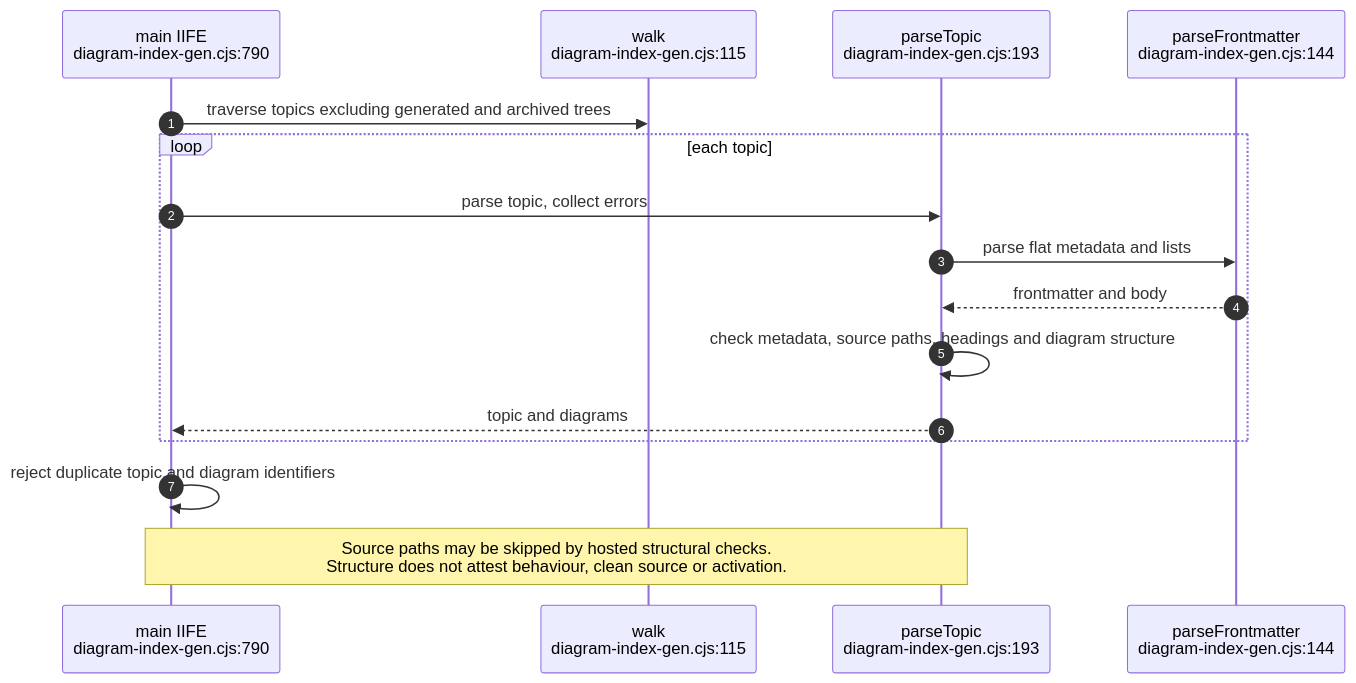
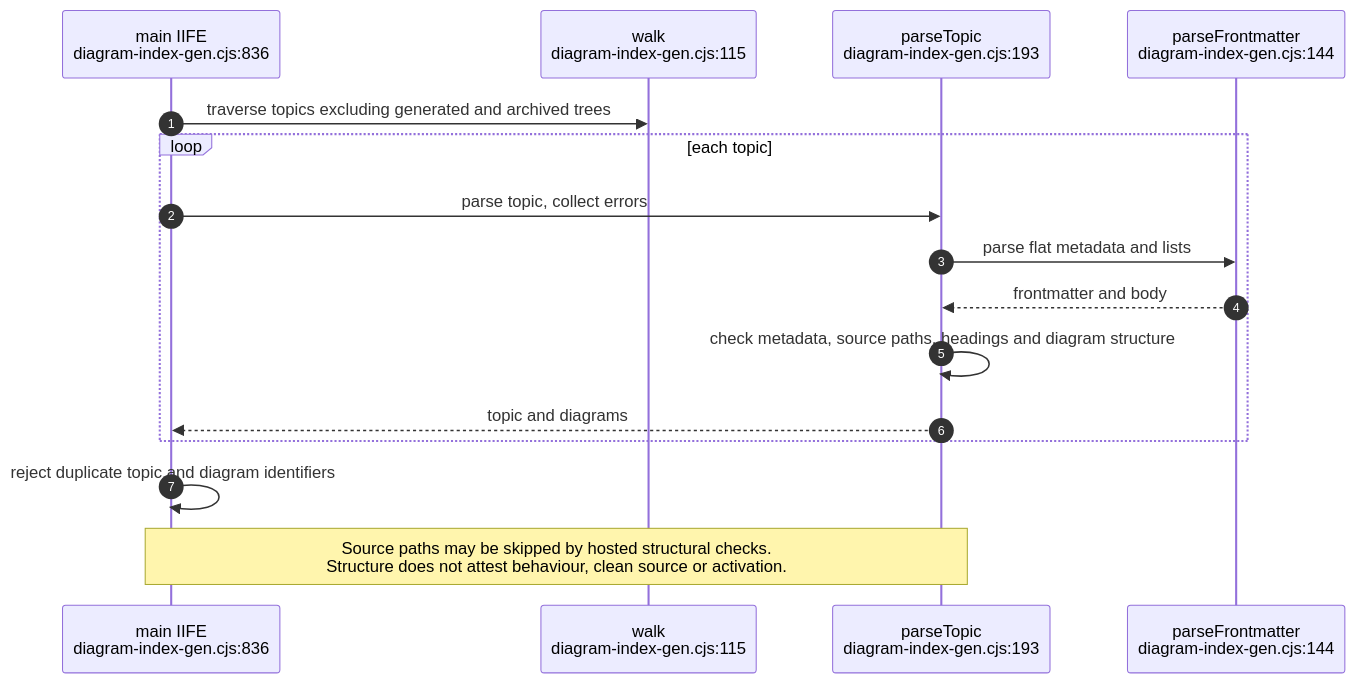
One commit to DreamLab-AI/VisionFlow changed the eighth of 15 diagrams in docs/diagrams/visionflow/06-diagram-tooling.md. Above: the diagram before and after it, drawn with Mermaid. The commit also changed other lines of this file and 142 other files, not shown here.

First line of the commit message:
docs(diagrams): one System One route; re-verify 140 topics at today's heads

````diff
--- a/docs/diagrams/visionflow/06-diagram-tooling.md
+++ b/docs/diagrams/visionflow/06-diagram-tooling.md
@@ -271,18 +272,18 @@
 ```mermaid
 sequenceDiagram
     autonumber
-    participant CLI as main IIFE<br/>diagram-index-gen.cjs:790
+    participant CLI as main IIFE<br/>diagram-index-gen.cjs:836
     participant W as walk<br/>diagram-index-gen.cjs:115
     participant P as parseTopic<br/>diagram-index-gen.cjs:193
     participant F as parseFrontmatter<br/>diagram-index-gen.cjs:144
     CLI->>W: traverse topics excluding generated and archived trees
     loop each topic
         CLI->>P: parse topic, collect errors
         P->>F: parse flat metadata and lists
         F-->>P: frontmatter and body
         P->>P: check metadata, source paths, headings and diagram structure
         P-->>CLI: topic and diagrams
     end
     CLI->>CLI: reject duplicate topic and diagram identifiers
     Note over CLI,P: Source paths may be skipped by hosted structural checks.<br/>Structure does not attest behaviour, clean source or activation.
 ```
````
